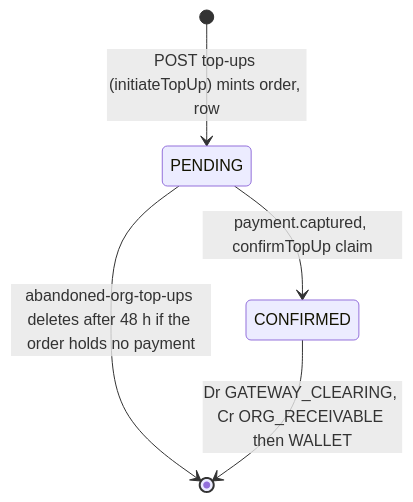
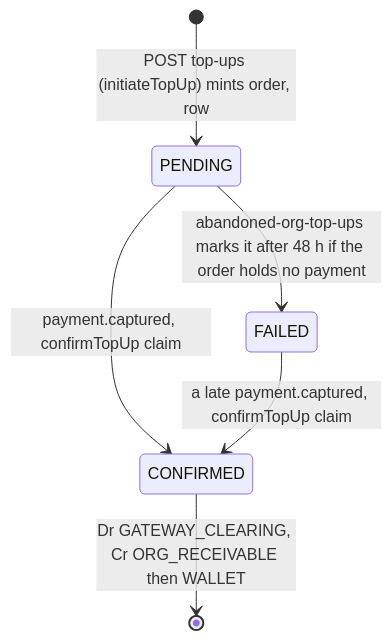
The diagram in docs/finance/50-b2b/02-wallet-and-top-ups.md (Practitionist/familiarise_web), drawn with Mermaid before and after one commit. The commit also changed other lines of this file and 28 other files, not shown here.

Commit message:
docs(finance): recover guard, late top-ups, credit limits, unpaid exits, second-tab checkout

````diff
--- a/docs/finance/50-b2b/02-wallet-and-top-ups.md
+++ b/docs/finance/50-b2b/02-wallet-and-top-ups.md
@@ -26,7 +26,8 @@
 ```mermaid
 stateDiagram-v2
     [*] --> PENDING: POST top-ups (initiateTopUp) mints order, row
     PENDING --> CONFIRMED: payment.captured, confirmTopUp claim
-    PENDING --> [*]: abandoned-org-top-ups deletes after 48 h if the order holds no payment
+    PENDING --> FAILED: abandoned-org-top-ups marks it after 48 h if the order holds no payment
+    FAILED --> CONFIRMED: a late payment.captured, confirmTopUp claim
     CONFIRMED --> [*]: Dr GATEWAY_CLEARING, Cr ORG_RECEIVABLE then WALLET
 ```
````
